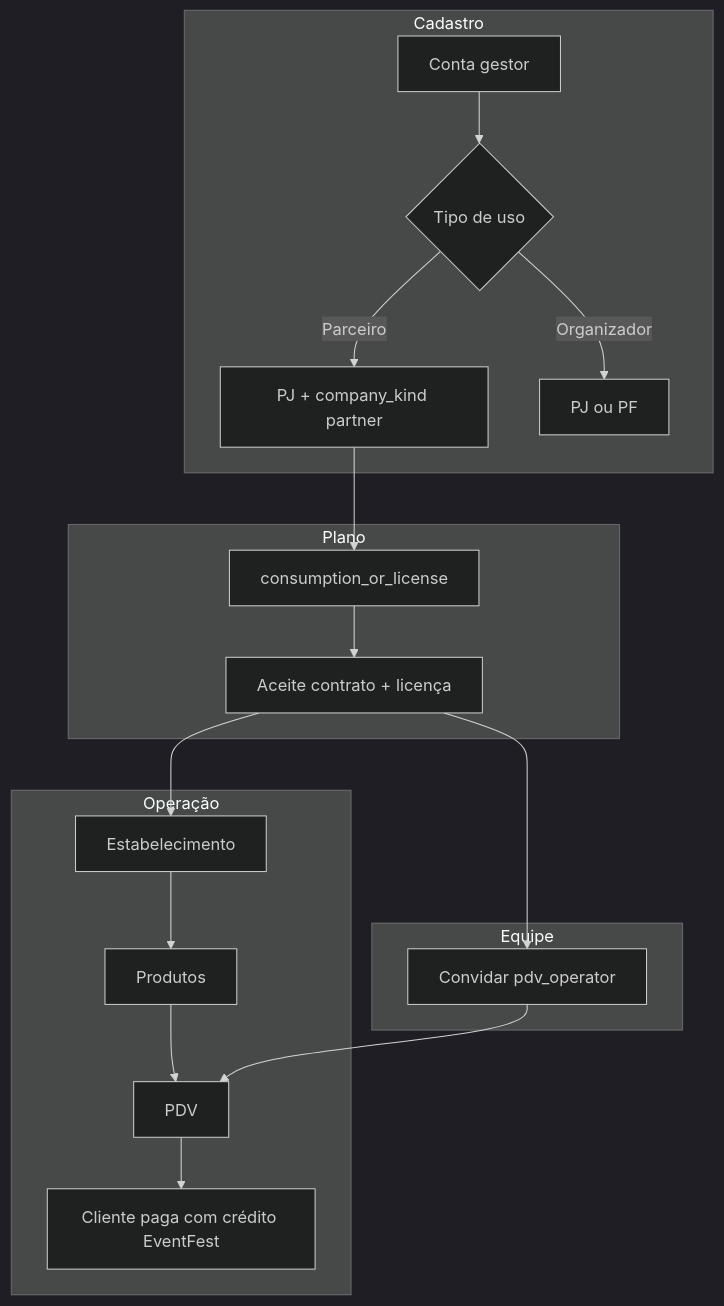
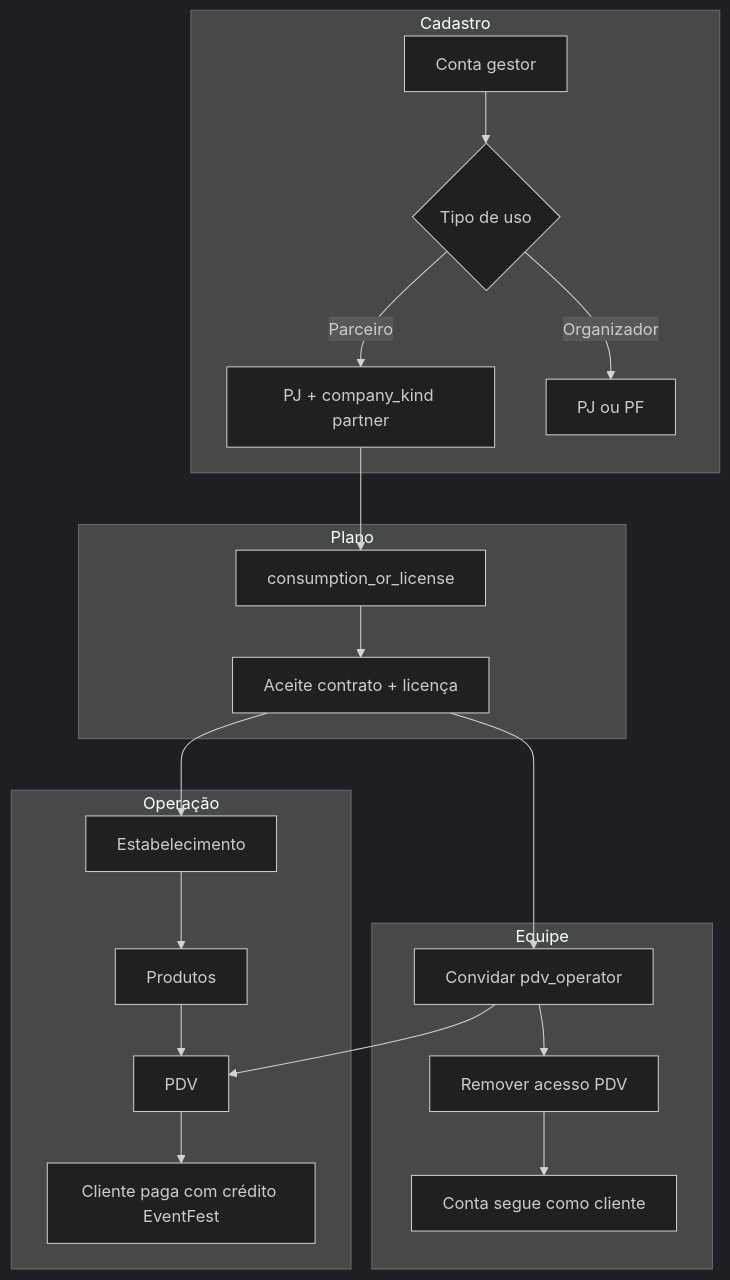
Before and after one commit to EdriColpani/TipoEvento.com: the diagram in docs/EMPRESA_PARCEIRA.md, drawn with Mermaid (dark theme). The commit also changed other lines of this file and 17 other files, not shown here.

````diff
--- a/docs/EMPRESA_PARCEIRA.md
+++ b/docs/EMPRESA_PARCEIRA.md
@@ -145,25 +145,27 @@
 ```mermaid
 flowchart TD
     subgraph cadastro [Cadastro]
         A[Conta gestor] --> B{Tipo de uso}
         B -->|Parceiro| C[PJ + company_kind partner]
         B -->|Organizador| D[PJ ou PF]
     end
 
     subgraph plano [Plano]
         C --> E[consumption_or_license]
         E --> F[Aceite contrato + licença]
     end
 
     subgraph operacao [Operação]
         F --> G[Estabelecimento]
         G --> H[Produtos]
         H --> I[PDV]
         I --> J[Cliente paga com crédito EventFest]
     end
 
     subgraph equipe [Equipe]
         F --> K[Convidar pdv_operator]
         K --> I
+        K --> L[Remover acesso PDV]
+        L --> M[Conta segue como cliente]
     end
 ```
````
